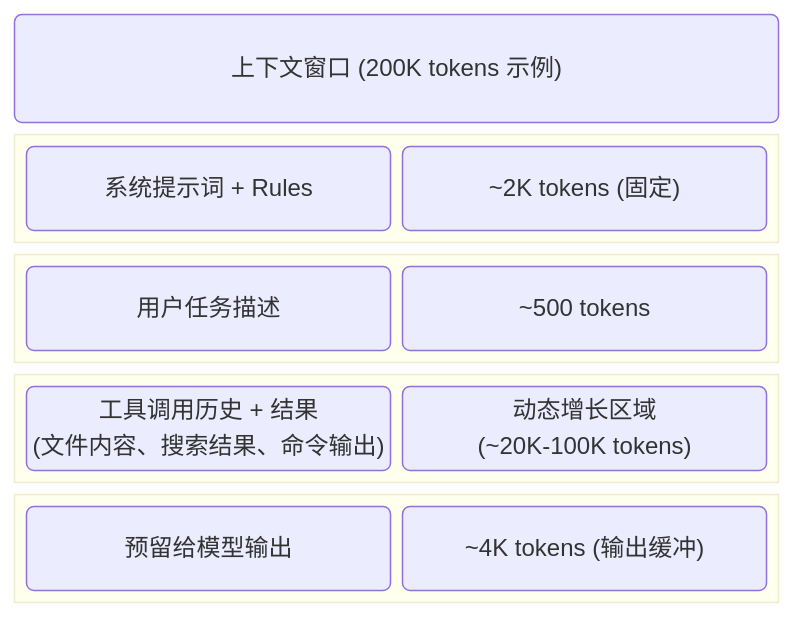
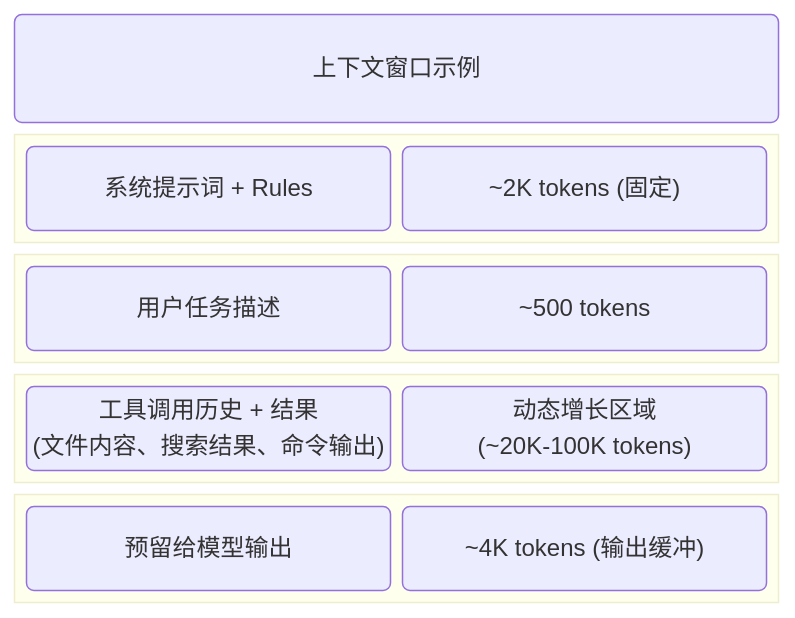
One commit to yeasy/agentic_ai_guide changed the sixth of 7 diagrams in 10_agentic_coding/10.2_loop.md. Above: the diagram before and after it, drawn with Mermaid. The commit also changed other lines of this file and 88 other files, not shown here.

````diff
--- a/10_agentic_coding/10.2_loop.md
+++ b/10_agentic_coding/10.2_loop.md
@@ -336,21 +329,21 @@
 ```mermaid
 block-beta
     columns 1
-    db1("上下文窗口 (200K tokens 示例)"):1
+    db1("上下文窗口示例"):1
     block:fixed
         sys("系统提示词 + Rules"):1
         note1("~2K tokens (固定)")
     end
     block:user
         task("用户任务描述"):1
         note2("~500 tokens")
     end
     block:dynamic
         hist("工具调用历史 + 结果<br>(文件内容、搜索结果、命令输出)"):1
         note3("动态增长区域<br>(~20K-100K tokens)")
     end
     block:output
         out("预留给模型输出"):1
         note4("~4K tokens (输出缓冲)")
     end
 ```
````
